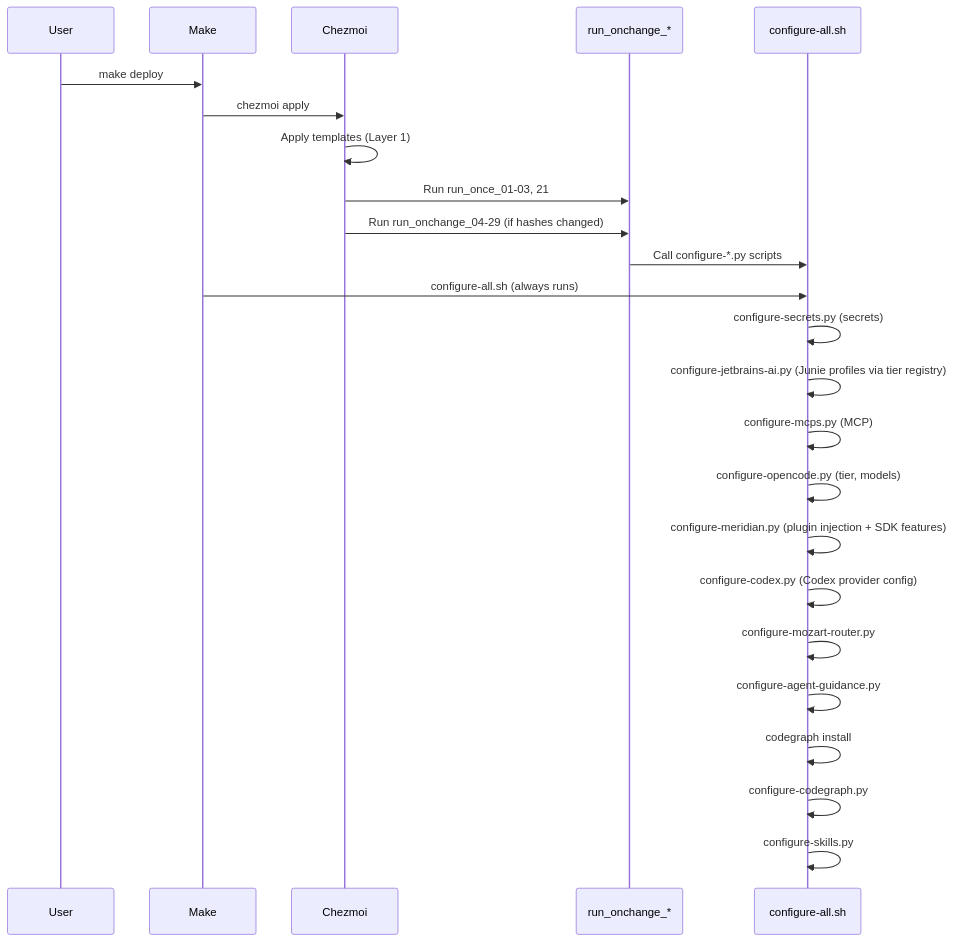
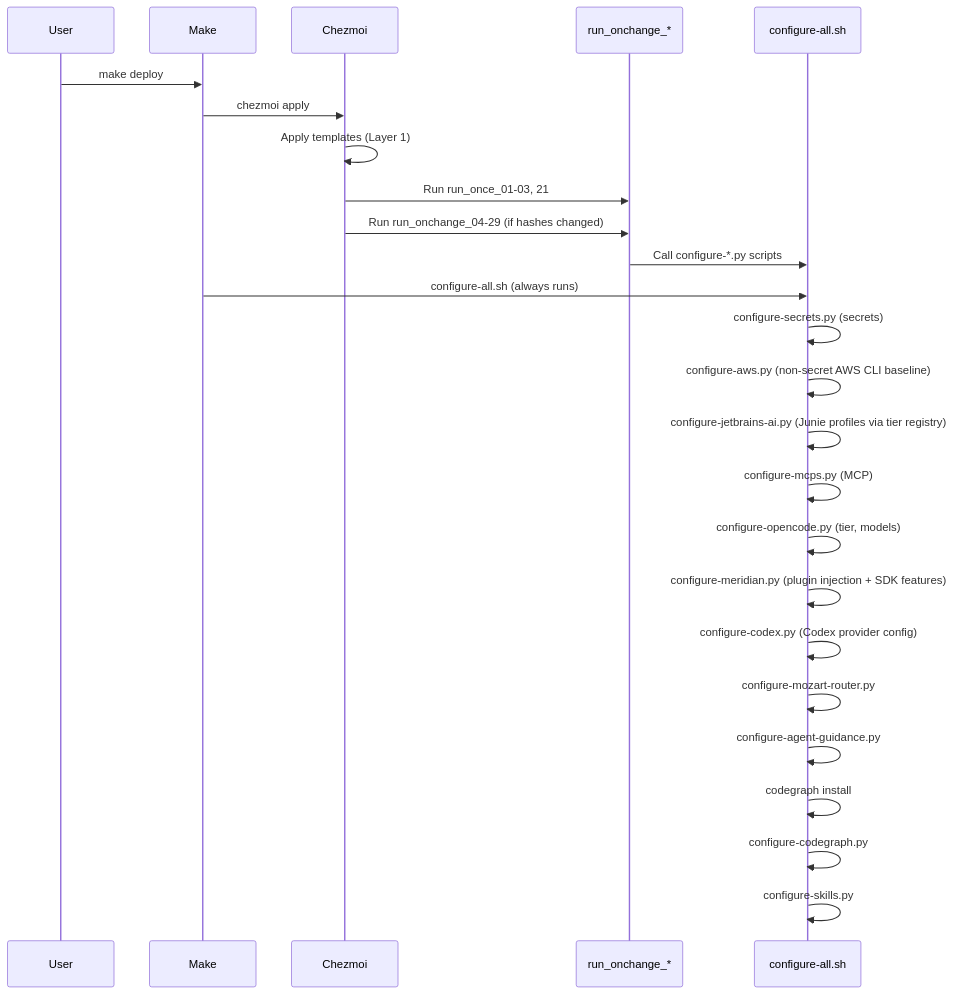
One commit to randytarampi/dotfiles changed the second of 3 diagrams in docs/ORCHESTRATION.md. Above: the diagram before and after it, drawn with Mermaid. The commit also changed other lines of this file and 6 other files, not shown here.

Commit message:
feat(dotfiles): wire AWS CLI configuration baseline

````diff
--- a/docs/ORCHESTRATION.md
+++ b/docs/ORCHESTRATION.md
@@ -79,27 +79,28 @@
 ```mermaid
 sequenceDiagram
     participant User
     participant Make
     participant Chezmoi
     participant Scripts as run_onchange_*
     participant Configure as configure-all.sh
 
     User->>Make: make deploy
     Make->>Chezmoi: chezmoi apply
     Chezmoi->>Chezmoi: Apply templates (Layer 1)
     Chezmoi->>Scripts: Run run_once_01-03, 21
     Chezmoi->>Scripts: Run run_onchange_04-29 (if hashes changed)
     Scripts->>Configure: Call configure-*.py scripts
     Make->>Configure: configure-all.sh (always runs)
     Configure->>Configure: configure-secrets.py (secrets)
+    Configure->>Configure: configure-aws.py (non-secret AWS CLI baseline)
     Configure->>Configure: configure-jetbrains-ai.py (Junie profiles via tier registry)
     Configure->>Configure: configure-mcps.py (MCP)
     Configure->>Configure: configure-opencode.py (tier, models)
     Configure->>Configure: configure-meridian.py (plugin injection + SDK features)
     Configure->>Configure: configure-codex.py (Codex provider config)
     Configure->>Configure: configure-mozart-router.py
     Configure->>Configure: configure-agent-guidance.py
     Configure->>Configure: codegraph install
     Configure->>Configure: configure-codegraph.py
     Configure->>Configure: configure-skills.py
 ```
````
